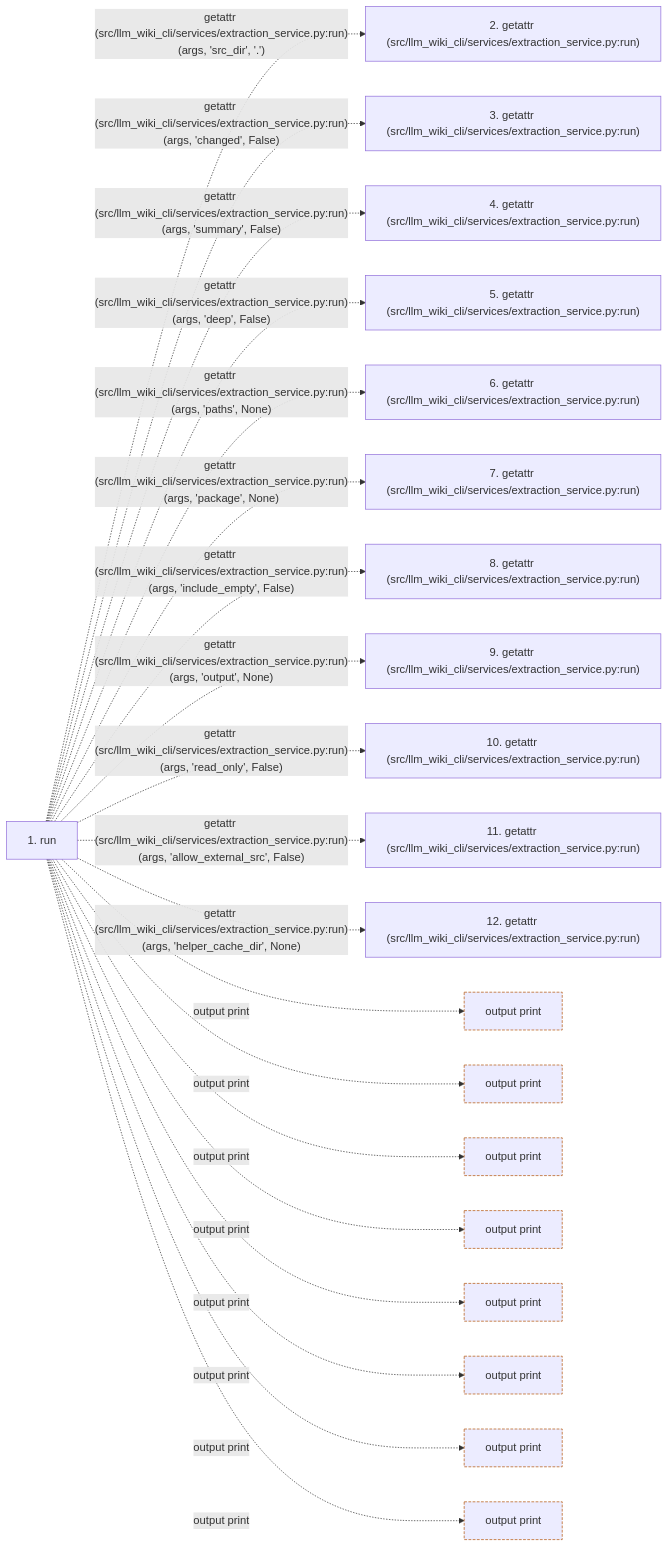
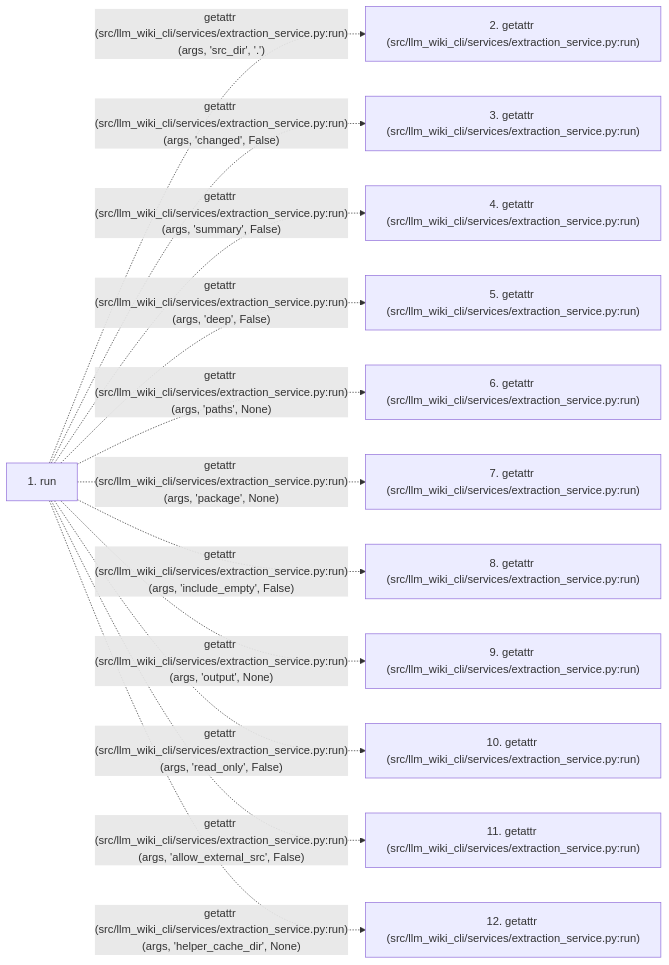
One commit to Denissvgn/python-wiki-llm changed the second of 2 diagrams in docs/llm_wiki/flows/cli-extract.md. Above: the diagram before and after it, drawn with Mermaid. The commit also changed other lines of this file and 1555 other files, not shown here.

````diff
--- a/docs/llm_wiki/flows/cli-extract.md
+++ b/docs/llm_wiki/flows/cli-extract.md
@@ -170,52 +173,27 @@
 ```mermaid
 flowchart LR
     s1["1. run"]
     s2["2. getattr (src/llm_wiki_cli/services/extraction_service.py:run)"]
     s3["3. getattr (src/llm_wiki_cli/services/extraction_service.py:run)"]
     s4["4. getattr (src/llm_wiki_cli/services/extraction_service.py:run)"]
     s5["5. getattr (src/llm_wiki_cli/services/extraction_service.py:run)"]
     s6["6. getattr (src/llm_wiki_cli/services/extraction_service.py:run)"]
     s7["7. getattr (src/llm_wiki_cli/services/extraction_service.py:run)"]
     s8["8. getattr (src/llm_wiki_cli/services/extraction_service.py:run)"]
     s9["9. getattr (src/llm_wiki_cli/services/extraction_service.py:run)"]
     s10["10. getattr (src/llm_wiki_cli/services/extraction_service.py:run)"]
     s11["11. getattr (src/llm_wiki_cli/services/extraction_service.py:run)"]
     s12["12. getattr (src/llm_wiki_cli/services/extraction_service.py:run)"]
     s1 -. "getattr (src/llm_wiki_cli/services/extraction_service.py:run)(args, 'src_dir', '.')" .-> s2
     s1 -. "getattr (src/llm_wiki_cli/services/extraction_service.py:run)(args, 'changed', False)" .-> s3
     s1 -. "getattr (src/llm_wiki_cli/services/extraction_service.py:run)(args, 'summary', False)" .-> s4
     s1 -. "getattr (src/llm_wiki_cli/services/extraction_service.py:run)(args, 'deep', False)" .-> s5
     s1 -. "getattr (src/llm_wiki_cli/services/extraction_service.py:run)(args, 'paths', None)" .-> s6
     s1 -. "getattr (src/llm_wiki_cli/services/extraction_service.py:run)(args, 'package', None)" .-> s7
     s1 -. "getattr (src/llm_wiki_cli/services/extraction_service.py:run)(args, 'include_empty', False)" .-> s8
     s1 -. "getattr (src/llm_wiki_cli/services/extraction_service.py:run)(args, 'output', None)" .-> s9
     s1 -. "getattr (src/llm_wiki_cli/services/extraction_service.py:run)(args, 'read_only', False)" .-> s10
     s1 -. "getattr (src/llm_wiki_cli/services/extraction_service.py:run)(args, 'allow_external_src', False)" .-> s11
     s1 -. "getattr (src/llm_wiki_cli/services/extraction_service.py:run)(args, 'helper_cache_dir', None)" .-> s12
-    b0["output print"]
-    s1 -. "output print" .-> b0
-    b1["output print"]
-    s1 -. "output print" .-> b1
-    b2["output print"]
-    s1 -. "output print" .-> b2
-    b3["output print"]
-    s1 -. "output print" .-> b3
-    b4["output print"]
-    s1 -. "output print" .-> b4
-    b5["output print"]
-    s1 -. "output print" .-> b5
-    b6["output print"]
-    s1 -. "output print" .-> b6
-    b7["output print"]
-    s1 -. "output print" .-> b7
     click s1 "../modules/extraction_service.md"
-    classDef boundary stroke:#b45309,stroke-dasharray: 4 2
-    class b0 boundary
-    class b1 boundary
-    class b2 boundary
-    class b3 boundary
-    class b4 boundary
-    class b5 boundary
-    class b6 boundary
-    class b7 boundary
 ```
````
